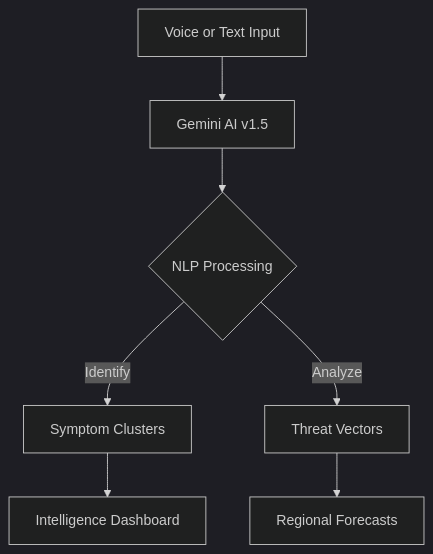
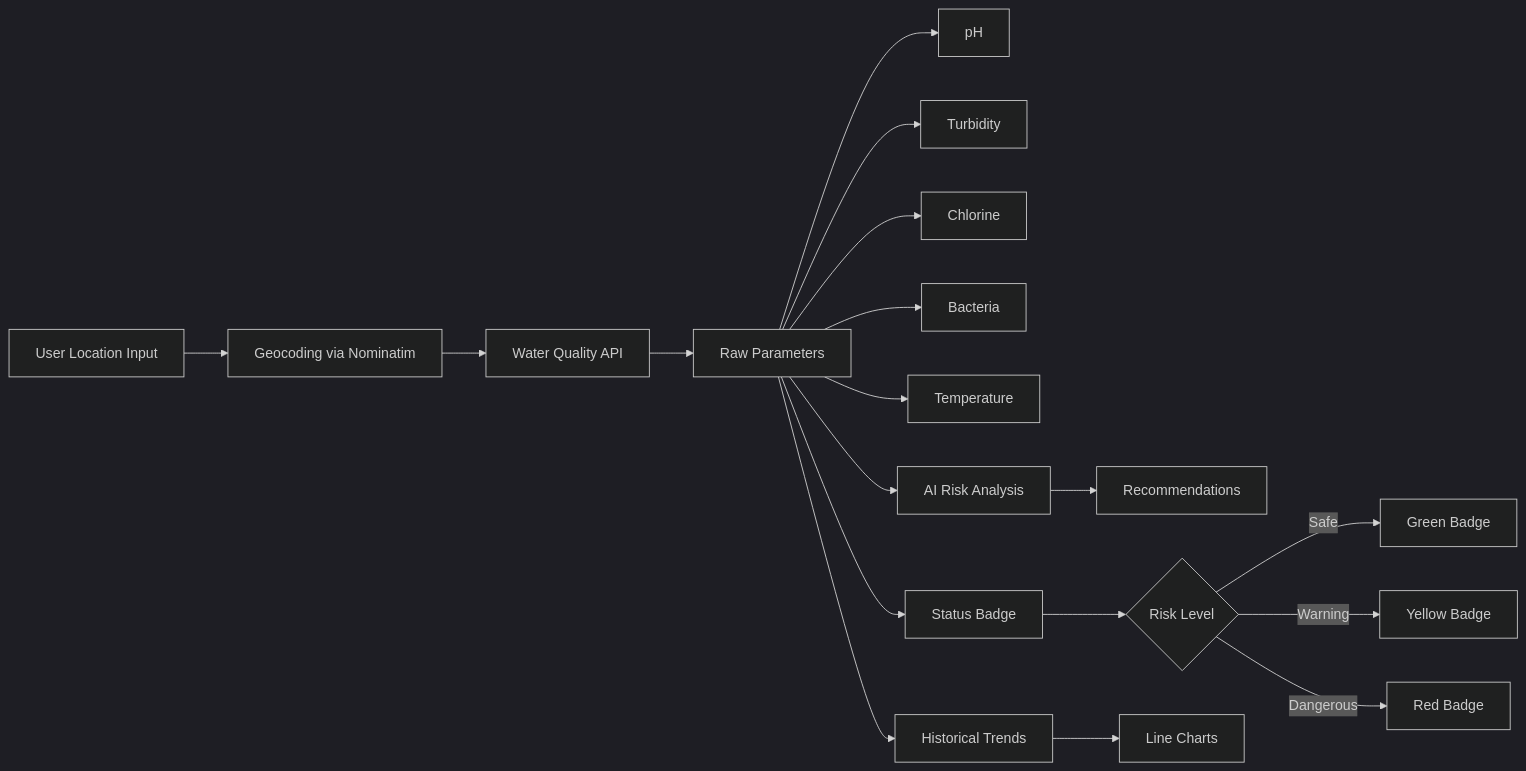
The eighth of 16 diagrams in README.md (ArrinPaul/HealthNex), drawn with Mermaid (dark theme) before and after one commit. The commit also changed other lines of this file, not shown here.

````diff
--- a/README.md
+++ b/README.md
@@ -177,9 +419,23 @@
 ```mermaid
-graph TD
-    A[Voice or Text Input] --> B[Gemini AI v1.5]
-    B --> C{NLP Processing}
-    C -->|Identify| D[Symptom Clusters]
-    C -->|Analyze| E[Threat Vectors]
-    D --> F[Intelligence Dashboard]
-    E --> G[Regional Forecasts]
+graph LR
+    A[User Location Input] --> B[Geocoding via Nominatim]
+    B --> C[Water Quality API]
+    C --> D[Raw Parameters]
+    D --> E[pH]
+    D --> F[Turbidity]
+    D --> G[Chlorine]
+    D --> H[Bacteria]
+    D --> I[Temperature]
+
+    D --> J[AI Risk Analysis]
+    J --> K[Recommendations]
+
+    D --> L[Status Badge]
+    L --> M{Risk Level}
+    M -->|Safe| N[Green Badge]
+    M -->|Warning| O[Yellow Badge]
+    M -->|Dangerous| P[Red Badge]
+
+    D --> Q[Historical Trends]
+    Q --> R[Line Charts]
 ```
````
